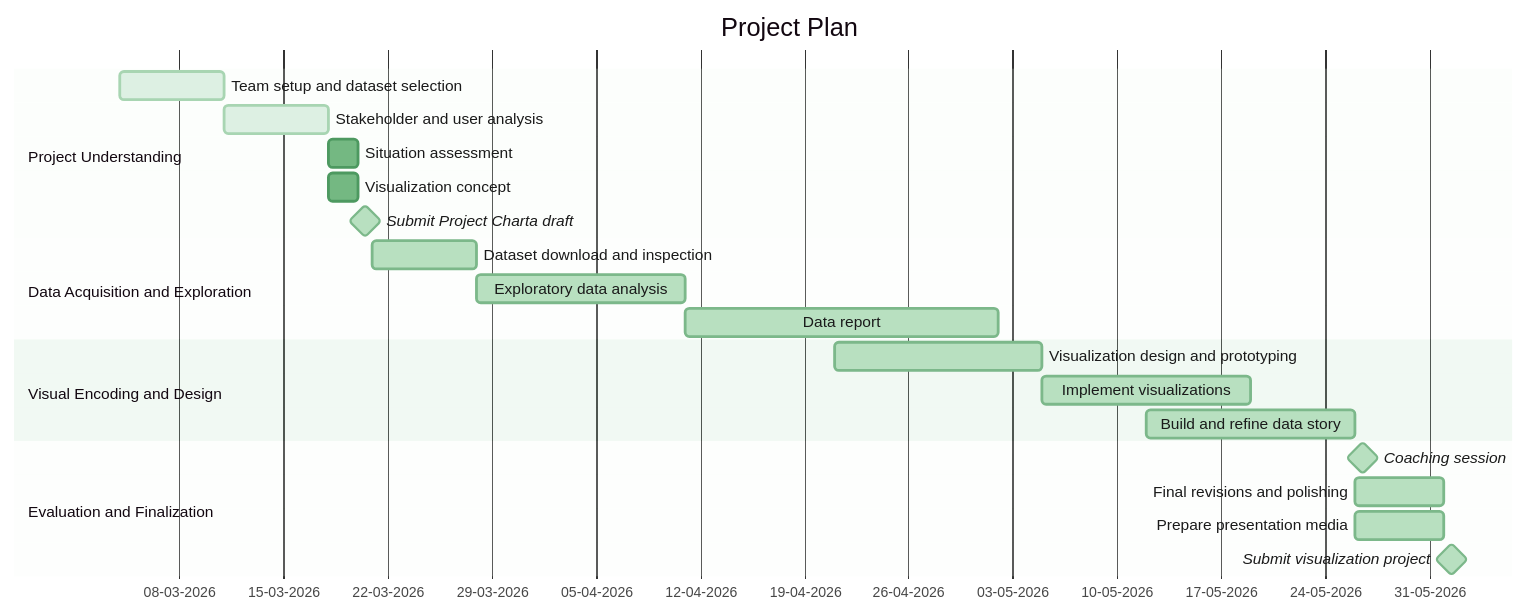
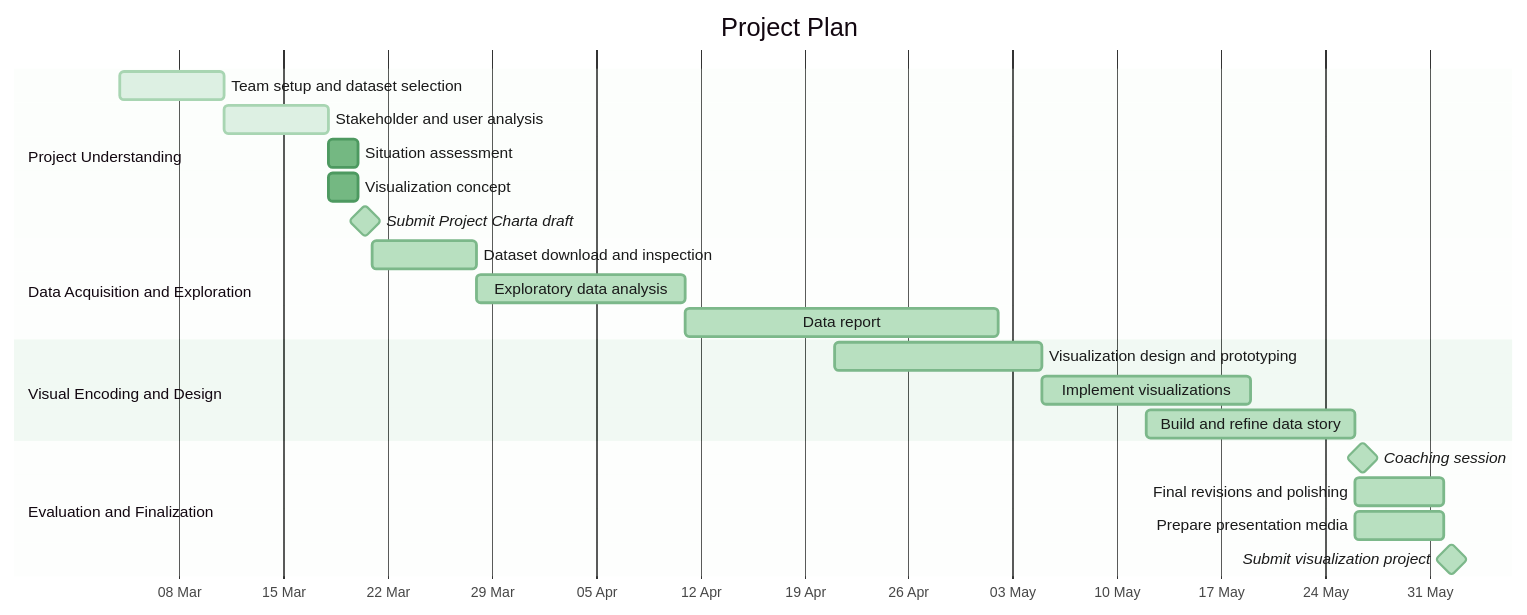
One commit to podsv-fs26-ad24/ad24-1-fancyproject changed the diagram in docs/project_charta.qmd. Above: the diagram before and after it, drawn with Mermaid.

Commit message:
fixed gantt chart readability

````diff
--- a/docs/project_charta.qmd
+++ b/docs/project_charta.qmd
@@ -159,64 +159,64 @@
 ```{mermaid}
 %%| label: fig-project-plan
 %%| fig-cap: Preliminary project plan in the form of a Gantt chart.
 %%{init: {
   "theme": "base",
   "themeVariables": {
     "primaryColor": "#b8e0c0",
     "primaryTextColor": "#1a1a1a",
     "primaryBorderColor": "#7cb88a",
     "lineColor": "#7cb88a",
     "secondaryColor": "#d6f0dd",
     "tertiaryColor": "#edf8ef",
     "cScale0": "#a8d5b2",
     "cScale1": "#8ec99e",
     "cScale2": "#c4e8cc",
     "cScale3": "#74b882",
     "taskBkgColor": "#b8e0c0",
     "taskTextColor": "#1a1a1a",
     "taskBorderColor": "#7cb88a",
     "activeTaskBkgColor": "#74b882",
     "activeTaskTextColor": "#1a1a1a",
     "activeTaskBorderColor": "#4d9960",
     "doneTaskBkgColor": "#ddf0e3",
     "doneTaskTextColor": "#3a3a3a",
     "doneTaskBorderColor": "#a8d5b2",
     "critBkgColor": "#f0d4a8",
     "critTextColor": "#1a1a1a",
     "critBorderColor": "#c8a060",
     "todayLineColor": "#4d9960",
     "sectionBkgColor": "#edf8ef",
     "altSectionBkgColor": "#f5fbf6",
     "gridColor": "#cce8d4",
     "fontFamily": "Arial, sans-serif",
     "fontSize": "13px"
   }
 }}%%
 gantt
     title Project Plan
     dateFormat YYYY-MM-DD
-    axisFormat %d-%m-%Y
+    axisFormat %d %b
     tickInterval 1week
     section Project Understanding
         Team setup and dataset selection     :done, a1, 2026-03-04, 7d
         Stakeholder and user analysis        :done, a2, 2026-03-11, 7d
         Situation assessment                 :active, a3, 2026-03-18, 2d
         Visualization concept                :active, a4, 2026-03-18, 2d
         Submit Project Charta draft          :milestone, m1, 2026-03-20, 1d
 
     section Data Acquisition and Exploration
         Dataset download and inspection      :a5, 2026-03-21, 7d
         Exploratory data analysis            :a6, 2026-03-28, 14d
         Data report                          :a7, 2026-04-11, 21d
 
     section Visual Encoding and Design
         Visualization design and prototyping :a8, 2026-04-21, 14d
         Implement visualizations             :a9, 2026-05-05, 14d
         Build and refine data story          :a10, 2026-05-12, 14d
 
     section Evaluation and Finalization
         Coaching session                     :milestone, m2, 2026-05-26, 1d
         Final revisions and polishing        :a11, 2026-05-26, 6d
         Prepare presentation media           :a12, 2026-05-26, 6d
         Submit visualization project         :milestone, m3, 2026-06-01, 1d
 ```
````
